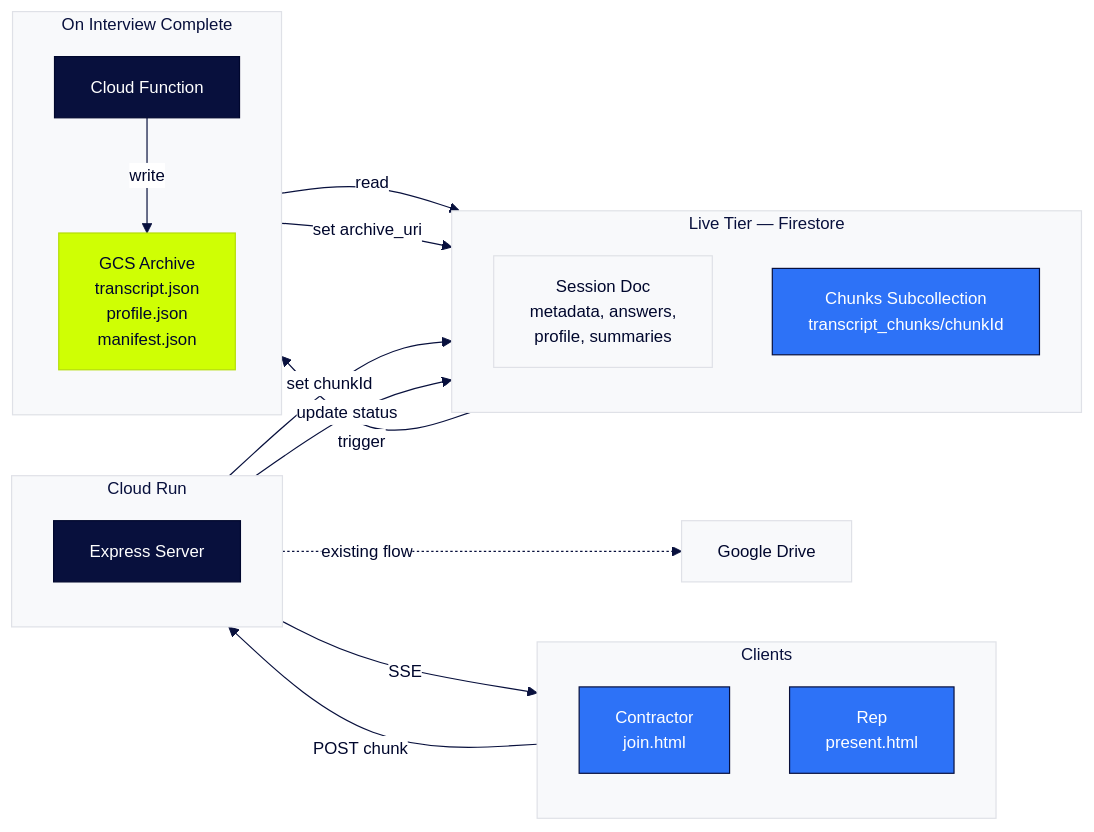
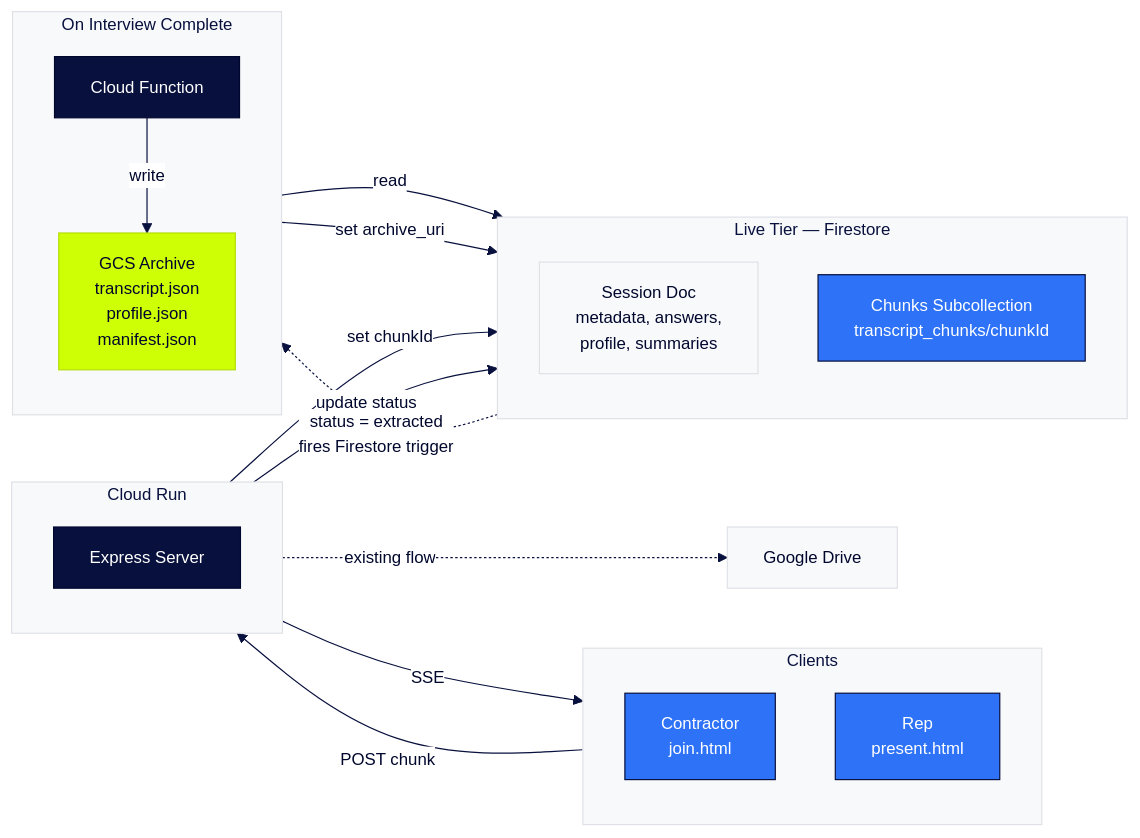
One commit to danielpalella/site-launch-tracker changed the second of 7 diagrams in docs/features/2026-05-03-transcript-pipeline/TRD-TRANSCRIPT-PIPELINE.md. Above: the diagram before and after it, drawn with Mermaid.

Commit message:
Clarify archive trigger edge in Architecture diagram
Change the Session Doc → Cloud Function edge from a plain
"trigger" label to a dotted line with "status = extracted /
fires Firestore trigger" to make it clear what event causes
the handoff to the archive tier.

````diff
--- a/docs/features/2026-05-03-transcript-pipeline/TRD-TRANSCRIPT-PIPELINE.md
+++ b/docs/features/2026-05-03-transcript-pipeline/TRD-TRANSCRIPT-PIPELINE.md
@@ -110,44 +110,44 @@
 ```mermaid
 %%{init: {'theme':'base','themeVariables':{'primaryColor':'#F8F9FB','primaryTextColor':'#00072D','primaryBorderColor':'#2D72F7','secondaryColor':'#F8F9FB','secondaryTextColor':'#00072D','secondaryBorderColor':'#DFE1E7','tertiaryColor':'#F8F9FB','tertiaryTextColor':'#00072D','tertiaryBorderColor':'#DFE1E7','lineColor':'#08103D','textColor':'#00072D','clusterBkg':'#F8F9FB','clusterBorder':'#DFE1E7','titleColor':'#08103D','edgeLabelBackground':'#FFFFFF','fontFamily':'Inter, Plus Jakarta Sans, sans-serif','fontSize':'14px'}}}%%
 
 flowchart LR
     subgraph Clients["Clients"]
         direction TB
         Contractor["Contractor<br/>join.html"]:::primary
         Rep["Rep<br/>present.html"]:::primary
     end
 
     subgraph Server["Cloud Run"]
         direction TB
         API["Express Server"]:::dark
     end
 
     subgraph Live["Live Tier — Firestore"]
         direction TB
         Parent["Session Doc<br/>metadata, answers,<br/>profile, summaries"]:::neutral
         Chunks["Chunks Subcollection<br/>transcript_chunks/chunkId"]:::primary
     end
 
     subgraph Completion["On Interview Complete"]
         direction TB
         CF["Cloud Function"]:::dark
         GCS["GCS Archive<br/>transcript.json<br/>profile.json<br/>manifest.json"]:::accent
     end
 
     Drive["Google Drive"]:::neutral
 
     Contractor -->|POST chunk| API
     API -->|SSE| Rep
     API -->|set chunkId| Chunks
     API -->|update status| Parent
     API -.->|existing flow| Drive
-    Parent -->|trigger| CF
+    Parent -."status = extracted<br/>fires Firestore trigger".-> CF
     CF -->|read| Chunks
     CF -->|write| GCS
     CF -->|set archive_uri| Parent
 
     classDef primary fill:#2D72F7,stroke:#08103D,color:#FFFFFF
     classDef dark    fill:#08103D,stroke:#00072D,color:#FFFFFF
     classDef accent  fill:#CFFF04,stroke:#B5DD08,color:#00072D
     classDef neutral fill:#F8F9FB,stroke:#DFE1E7,color:#00072D
 ```
````
